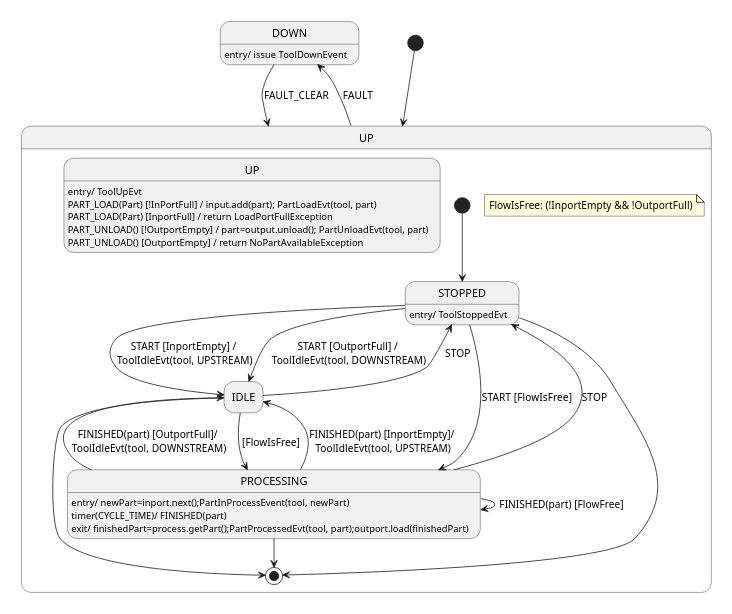
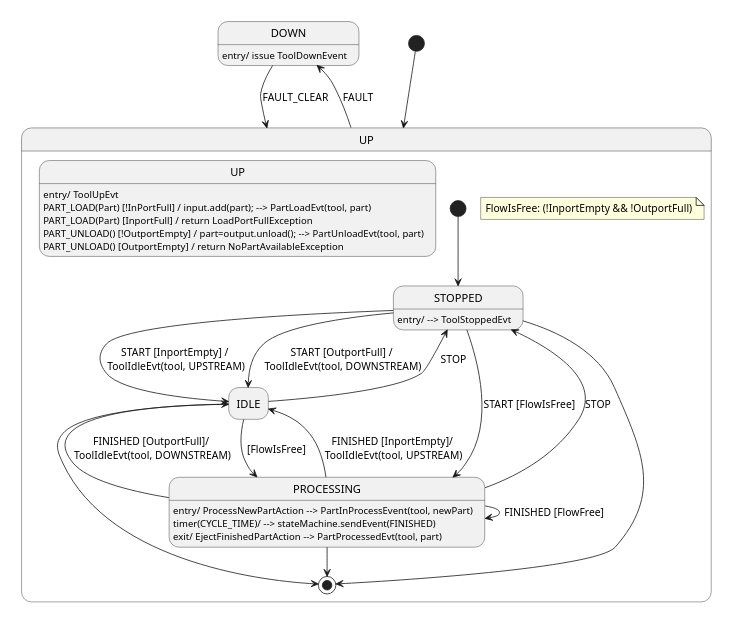
Before and after one commit to onouv/mes-tool-mock-srv: the diagram in doc/domain/tool.state.puml, drawn with PlantUML. The commit also changed 16 other files, not shown here.

Commit message:
Implementing tool IDLE to STOP, fixing stray CREATE domain event problem. Refactor extended state management.

```diff
--- a/doc/domain/tool.state.puml
+++ b/doc/domain/tool.state.puml
@@ -1,48 +1,47 @@
 @startuml
 'https://plantuml.com/state-diagram
 
 scale 350 width
 
 hide empty description
 state DOWN : entry/ issue ToolDownEvent
 
 [*] --> UP
 UP --> DOWN: FAULT
 DOWN --> UP: FAULT_CLEAR
 state UP {
     state UP: entry/ ToolUpEvt
-    state UP: PART_LOAD(Part) [!InPortFull] / input.add(part); PartLoadEvt(tool, part)
+    state UP: PART_LOAD(Part) [!InPortFull] / input.add(part); --> PartLoadEvt(tool, part)
     state UP: PART_LOAD(Part) [InportFull] / return LoadPortFullException
-    state UP: PART_UNLOAD() [!OutportEmpty] / part=output.unload(); PartUnloadEvt(tool, part)
+    state UP: PART_UNLOAD() [!OutportEmpty] / part=output.unload(); --> PartUnloadEvt(tool, part)
     state UP: PART_UNLOAD() [OutportEmpty] / return NoPartAvailableException
-    state STOPPED: entry/ ToolStoppedEvt
+    state STOPPED: entry/ --> ToolStoppedEvt
     state IDLE
-    state PROCESSING: entry/ newPart=inport.next();PartInProcessEvent(tool, newPart)
-    state PROCESSING: timer(CYCLE_TIME)/ FINISHED(part)
-    state PROCESSING: exit/ finishedPart=process.getPart();PartProcessedEvt(tool, part);outport.load(finishedPart)
+    state PROCESSING: entry/ ProcessNewPartAction --> PartInProcessEvent(tool, newPart)
+    state PROCESSING: timer(CYCLE_TIME)/ --> stateMachine.sendEvent(FINISHED)
+    state PROCESSING: exit/ EjectFinishedPartAction --> PartProcessedEvt(tool, part)
 
     [*] --> STOPPED
     STOPPED --> IDLE: START [InportEmpty] / \nToolIdleEvt(tool, UPSTREAM)
     STOPPED --> IDLE: START [OutportFull] / \nToolIdleEvt(tool, DOWNSTREAM)
 
     STOPPED --> PROCESSING: START [FlowIsFree]
-    PROCESSING --> PROCESSING: FINISHED(part) [FlowFree]
-    PROCESSING --> IDLE: FINISHED(part) [InportEmpty]/ \nToolIdleEvt(tool, UPSTREAM)
-    PROCESSING --> IDLE: FINISHED(part) [OutportFull]/ \nToolIdleEvt(tool, DOWNSTREAM)
+    PROCESSING --> PROCESSING: FINISHED [FlowFree]
+    PROCESSING --> IDLE: FINISHED [InportEmpty]/ \nToolIdleEvt(tool, UPSTREAM)
+    PROCESSING --> IDLE: FINISHED [OutportFull]/ \nToolIdleEvt(tool, DOWNSTREAM)
     IDLE --> PROCESSING: [FlowIsFree]
-
-
     IDLE --> STOPPED: STOP
     PROCESSING --> STOPPED: STOP
 
     STOPPED --> [*]
     IDLE --> [*]
     PROCESSING --> [*]
 
-    note as T
+    note as N1
         FlowIsFree: (!InportEmpty && !OutportFull)
     end note
+
 
 }
 
 @enduml
```
